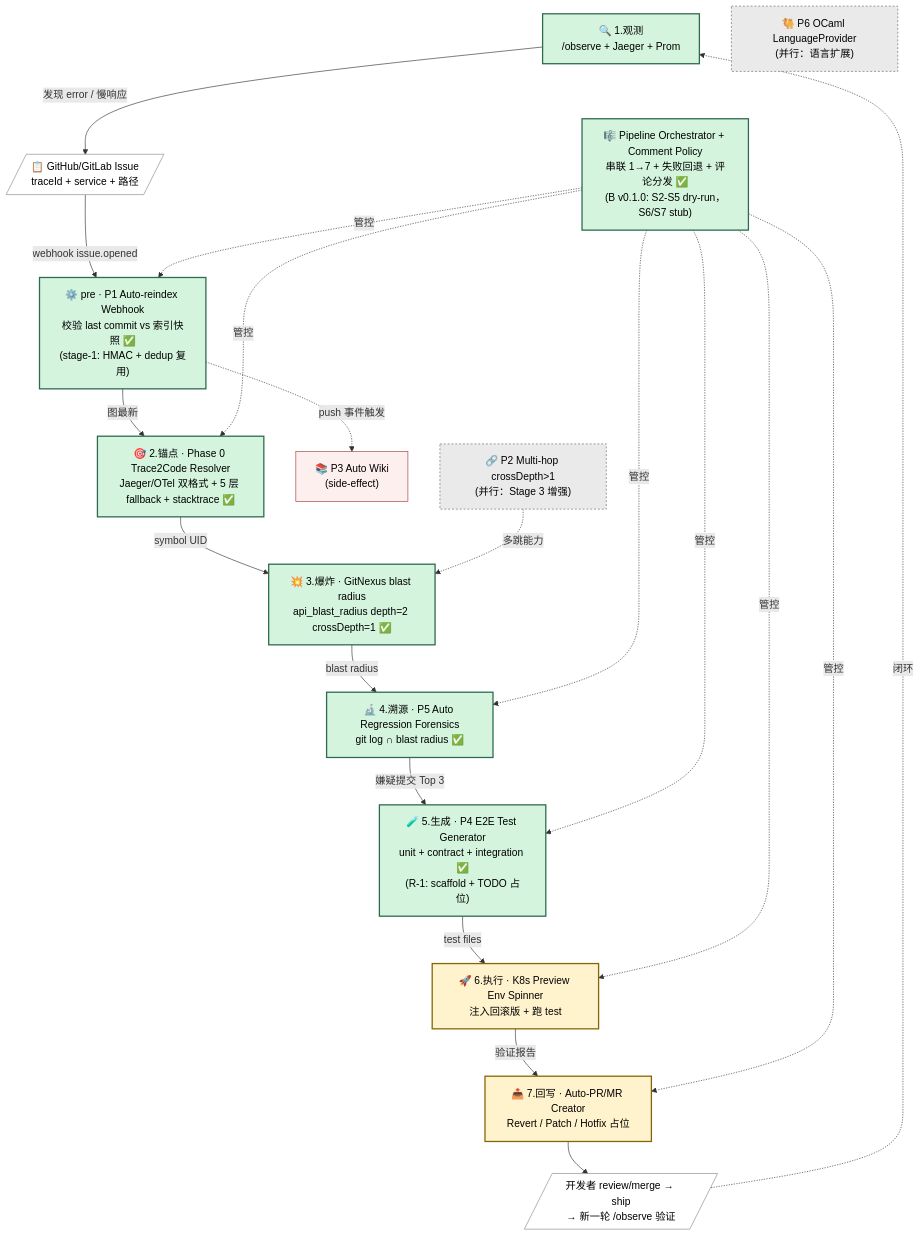
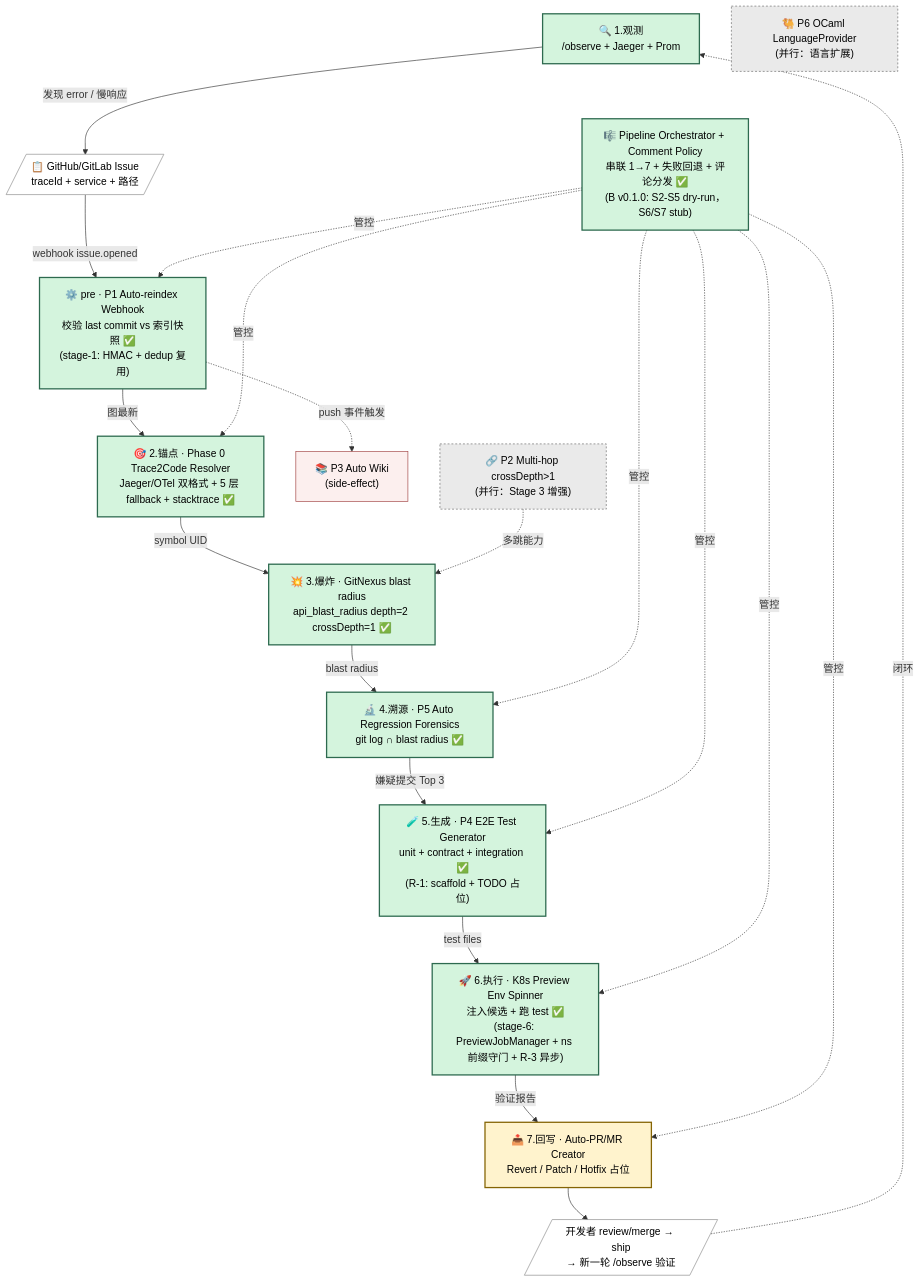
One commit to zxs1633079383/GitNexus changed the diagram in docs/learn/diagrams/16-agentic-devops-7-stage-loop.mmd. Above: the diagram before and after it, drawn with Mermaid. The commit also changed 4 other files, not shown here.

First line of the commit message:
feat(stage-6): 落地 S6.4 MCP 工具 validate_in_preview + check_preview_status (R-3)

```diff
--- a/docs/learn/diagrams/16-agentic-devops-7-stage-loop.mmd
+++ b/docs/learn/diagrams/16-agentic-devops-7-stage-loop.mmd
@@ -1,47 +1,47 @@
 %% Agentic DevOps 7 阶段闭环 —— 团队自建版 GitNexus 企业版
 %% 配套文档：docs/learn/Agentic-DevOps-企业版路线图-v2.md §0.2
 
 flowchart TB
     OBS["🔍 1.观测<br/>/observe + Jaeger + Prom"]:::existing
     ISSUE[/"📋 GitHub/GitLab Issue<br/>traceId + service + 路径"/]:::external
     PRE["⚙️ pre · P1 Auto-reindex Webhook<br/>校验 last commit vs 索引快照 ✅<br/>(stage-1: HMAC + dedup 复用)"]:::existing
     S2["🎯 2.锚点 · Phase 0 Trace2Code Resolver<br/>Jaeger/OTel 双格式 + 5 层 fallback + stacktrace ✅"]:::existing
     S3["💥 3.爆炸 · GitNexus blast radius<br/>api_blast_radius depth=2 crossDepth=1 ✅"]:::existing
     S4["🔬 4.溯源 · P5 Auto Regression Forensics<br/>git log ∩ blast radius ✅"]:::existing
     S5["🧪 5.生成 · P4 E2E Test Generator<br/>unit + contract + integration ✅<br/>(R-1: scaffold + TODO 占位)"]:::existing
-    S6["🚀 6.执行 · K8s Preview Env Spinner<br/>注入回滚版 + 跑 test"]:::new
+    S6["🚀 6.执行 · K8s Preview Env Spinner<br/>注入候选 + 跑 test ✅<br/>(stage-6: PreviewJobManager + ns 前缀守门 + R-3 异步)"]:::existing
     S7["📤 7.回写 · Auto-PR/MR Creator<br/>Revert / Patch / Hotfix 占位"]:::new
     LOOP[/"开发者 review/merge → ship<br/>→ 新一轮 /observe 验证"/]:::external
 
     ORCH["🎼 Pipeline Orchestrator + Comment Policy<br/>串联 1→7 + 失败回退 + 评论分发 ✅<br/>(B v0.1.0: S2-S5 dry-run，S6/S7 stub)"]:::existing
     WIKI["📚 P3 Auto Wiki<br/>(side-effect)"]:::side
     P2["🔗 P2 Multi-hop crossDepth>1<br/>(并行：Stage 3 增强)"]:::parallel
     P6["🐫 P6 OCaml LanguageProvider<br/>(并行：语言扩展)"]:::parallel
 
     OBS -->|发现 error / 慢响应| ISSUE
     ISSUE -->|webhook issue.opened| PRE
     PRE -->|图最新| S2
     S2 -->|symbol UID| S3
     S3 -->|blast radius| S4
     S4 -->|嫌疑提交 Top 3| S5
     S5 -->|test files| S6
     S6 -->|验证报告| S7
     S7 --> LOOP
     LOOP -.->|闭环| OBS
 
     ORCH -.->|管控| PRE
     ORCH -.->|管控| S2
     ORCH -.->|管控| S4
     ORCH -.->|管控| S5
     ORCH -.->|管控| S6
     ORCH -.->|管控| S7
 
     PRE -.->|push 事件触发| WIKI
     P2 -.->|多跳能力| S3
 
     classDef existing fill:#d4f4dd,stroke:#2d6a4f,color:#000,stroke-width:2px
     classDef new fill:#fff3cd,stroke:#856404,color:#000,stroke-width:2px
     classDef cross fill:#cfe2ff,stroke:#0a4d8c,color:#000,stroke-width:2px
     classDef side fill:#fcefee,stroke:#a04040,color:#000,stroke-width:1px
     classDef parallel fill:#eaeaea,stroke:#666,color:#000,stroke-width:1px,stroke-dasharray: 3 3
     classDef external fill:#fff,stroke:#888,color:#000,stroke-width:1px
```
